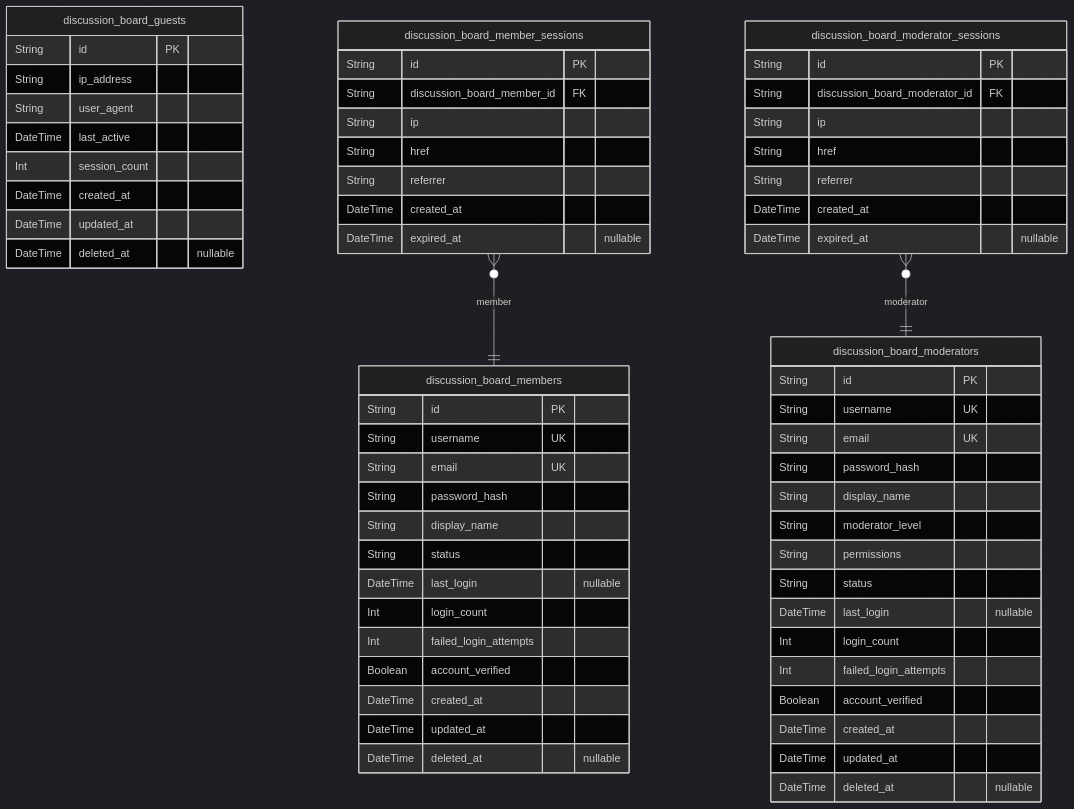
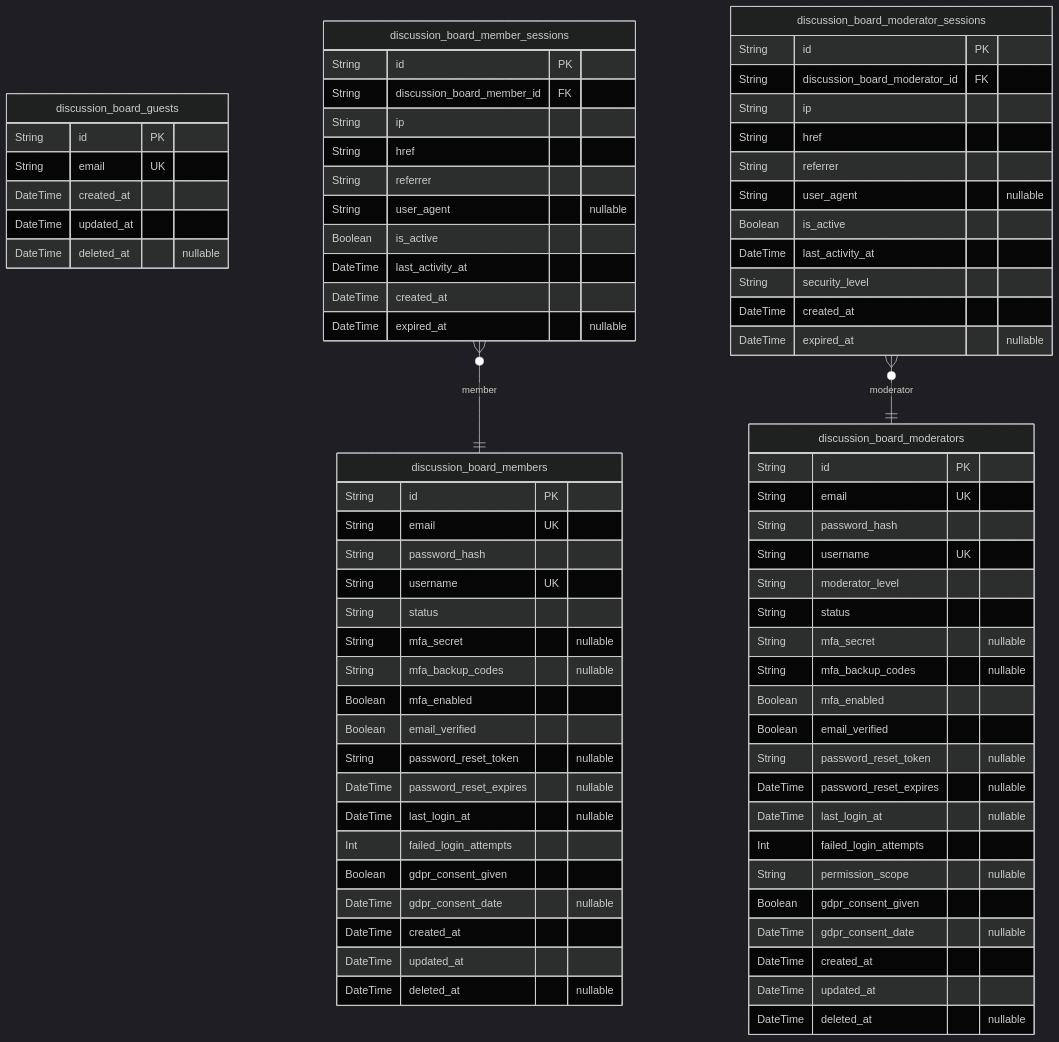
The second of 6 diagrams in deepseek/deepseek-v3.1-terminus-exacto/bbs/docs/ERD.md (wrtnlabs/autobe-examples), drawn with Mermaid (dark theme) before and after one commit. The commit also changed other lines of this file and 22498 other files, not shown here.

````diff
--- a/deepseek/deepseek-v3.1-terminus-exacto/bbs/docs/ERD.md
+++ b/deepseek/deepseek-v3.1-terminus-exacto/bbs/docs/ERD.md
@@ -153,65 +147,79 @@
 ```mermaid
 erDiagram
 "discussion_board_guests" {
   String id PK
-  String ip_address
-  String user_agent
-  DateTime last_active
-  Int session_count
+  String email UK
   DateTime created_at
   DateTime updated_at
   DateTime deleted_at "nullable"
 }
 "discussion_board_members" {
   String id PK
-  String username UK
   String email UK
   String password_hash
-  String display_name
+  String username UK
   String status
-  DateTime last_login "nullable"
-  Int login_count
+  String mfa_secret "nullable"
+  String mfa_backup_codes "nullable"
+  Boolean mfa_enabled
+  Boolean email_verified
+  String password_reset_token "nullable"
+  DateTime password_reset_expires "nullable"
+  DateTime last_login_at "nullable"
   Int failed_login_attempts
-  Boolean account_verified
+  Boolean gdpr_consent_given
+  DateTime gdpr_consent_date "nullable"
+  DateTime created_at
+  DateTime updated_at
+  DateTime deleted_at "nullable"
+}
+"discussion_board_moderators" {
+  String id PK
+  String email UK
+  String password_hash
+  String username UK
+  String moderator_level
+  String status
+  String mfa_secret "nullable"
+  String mfa_backup_codes "nullable"
+  Boolean mfa_enabled
+  Boolean email_verified
+  String password_reset_token "nullable"
+  DateTime password_reset_expires "nullable"
+  DateTime last_login_at "nullable"
+  Int failed_login_attempts
+  String permission_scope "nullable"
+  Boolean gdpr_consent_given
+  DateTime gdpr_consent_date "nullable"
   DateTime created_at
   DateTime updated_at
   DateTime deleted_at "nullable"
 }
 "discussion_board_member_sessions" {
   String id PK
   String discussion_board_member_id FK
   String ip
   String href
   String referrer
+  String user_agent "nullable"
+  Boolean is_active
+  DateTime last_activity_at
   DateTime created_at
   DateTime expired_at "nullable"
-}
-"discussion_board_moderators" {
-  String id PK
-  String username UK
-  String email UK
-  String password_hash
-  String display_name
-  String moderator_level
-  String permissions
-  String status
-  DateTime last_login "nullable"
-  Int login_count
-  Int failed_login_attempts
-  Boolean account_verified
-  DateTime created_at
-  DateTime updated_at
-  DateTime deleted_at "nullable"
 }
 "discussion_board_moderator_sessions" {
   String id PK
   String discussion_board_moderator_id FK
   String ip
   String href
   String referrer
+  String user_agent "nullable"
+  Boolean is_active
+  DateTime last_activity_at
+  String security_level
   DateTime created_at
   DateTime expired_at "nullable"
 }
 "discussion_board_member_sessions" }o--|| "discussion_board_members" : member
 "discussion_board_moderator_sessions" }o--|| "discussion_board_moderators" : moderator
 ```
````
